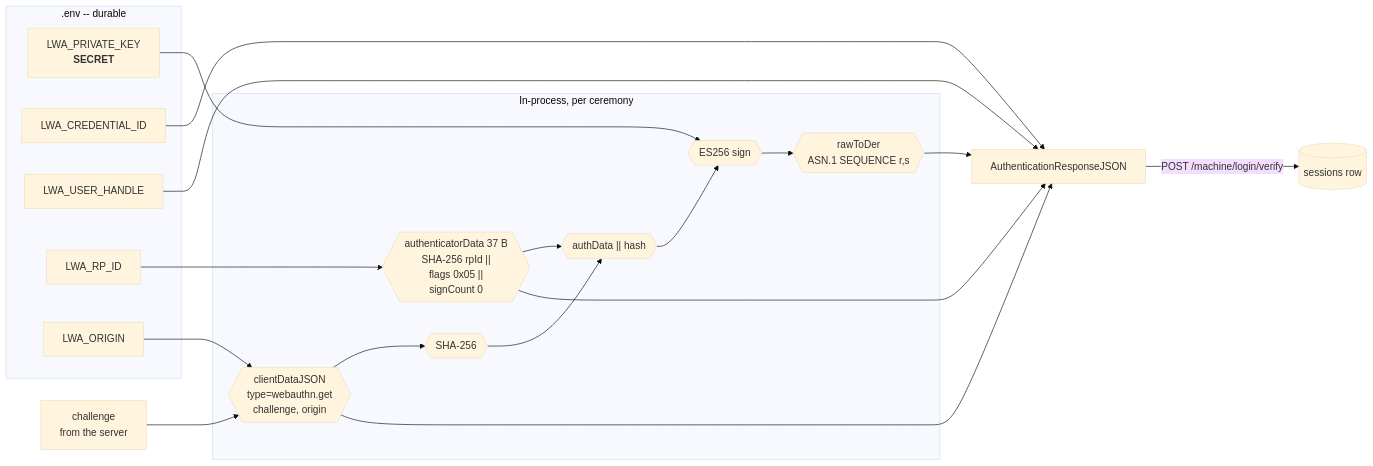
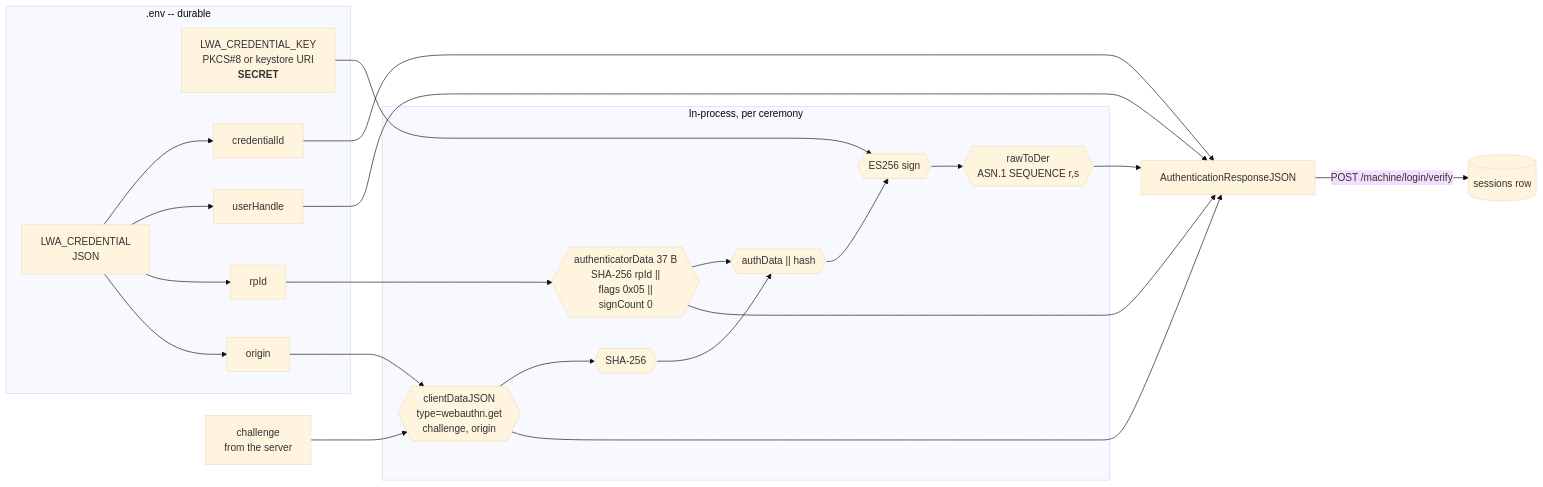
The fifth of 6 diagrams in docs/API-AUTH.org (LocalWebAuthn/LocalWebAuthn), drawn with Mermaid (base theme) before and after one commit. The commit also changed other lines of this file and 8 other files, not shown here.

```diff
--- a/docs/API-AUTH.org
+++ b/docs/API-AUTH.org
@@ -398,38 +560,43 @@
 #+BEGIN_SRC mermaid :file ./images/api-auth-assertion.png
 flowchart LR
   subgraph env[".env -- durable"]
-    pk["LWA_PRIVATE_KEY<br/><b>SECRET</b>"]
-    cid["LWA_CREDENTIAL_ID"]
-    uh["LWA_USER_HANDLE"]
-    rp["LWA_RP_ID"]
-    og["LWA_ORIGIN"]
+    pk["LWA_CREDENTIAL_KEY<br/>PKCS#8 or keystore URI<br/><b>SECRET</b>"]
+    js["LWA_CREDENTIAL<br/>JSON"]
+    cid["credentialId"]
+    uh["userHandle"]
+    rp["rpId"]
+    og["origin"]
+    js --> cid
+    js --> uh
+    js --> rp
+    js --> og
   end
 
   ch["challenge<br/>from the server"]
 
   subgraph build["In-process, per ceremony"]
     cd{{"clientDataJSON<br/>type=webauthn.get<br/>challenge, origin"}}
     ad{{"authenticatorData 37 B<br/>SHA-256 rpId ||<br/>flags 0x05 ||<br/>signCount 0"}}
     dg{{"SHA-256"}}
     cat{{"authData || hash"}}
     sg{{"ES256 sign"}}
     der{{"rawToDer<br/>ASN.1 SEQUENCE r,s"}}
   end
 
   og --> cd
   ch --> cd
   rp --> ad
   cd --> dg
   dg --> cat
   ad --> cat
   cat --> sg
   pk --> sg
   sg --> der
 
   der --> out["AuthenticationResponseJSON"]
   ad --> out
   cd --> out
   cid --> out
   uh --> out
   out -->|"POST /machine/login/verify"| sess[("sessions row")]
 #+END_SRC
```
